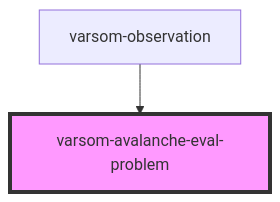
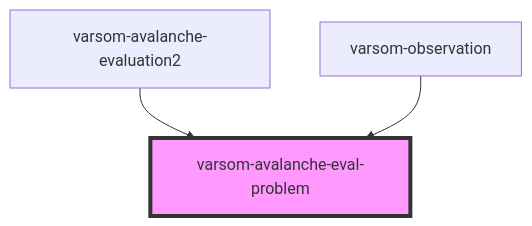
The diagram in observasjonskort/src/components/varsom-avalanche-eval-problem/readme.md (NVE/varsom-observation), drawn with Mermaid before and after one commit. The commit also changed other lines of this file and 27 other files, not shown here.

````diff
--- a/observasjonskort/src/components/varsom-avalanche-eval-problem/readme.md
+++ b/observasjonskort/src/components/varsom-avalanche-eval-problem/readme.md
@@ -40,5 +41,6 @@
 ```mermaid
 graph TD;
+  varsom-avalanche-evaluation2 --> varsom-avalanche-eval-problem
   varsom-observation --> varsom-avalanche-eval-problem
   style varsom-avalanche-eval-problem fill:#f9f,stroke:#333,stroke-width:4px
 ```
````
